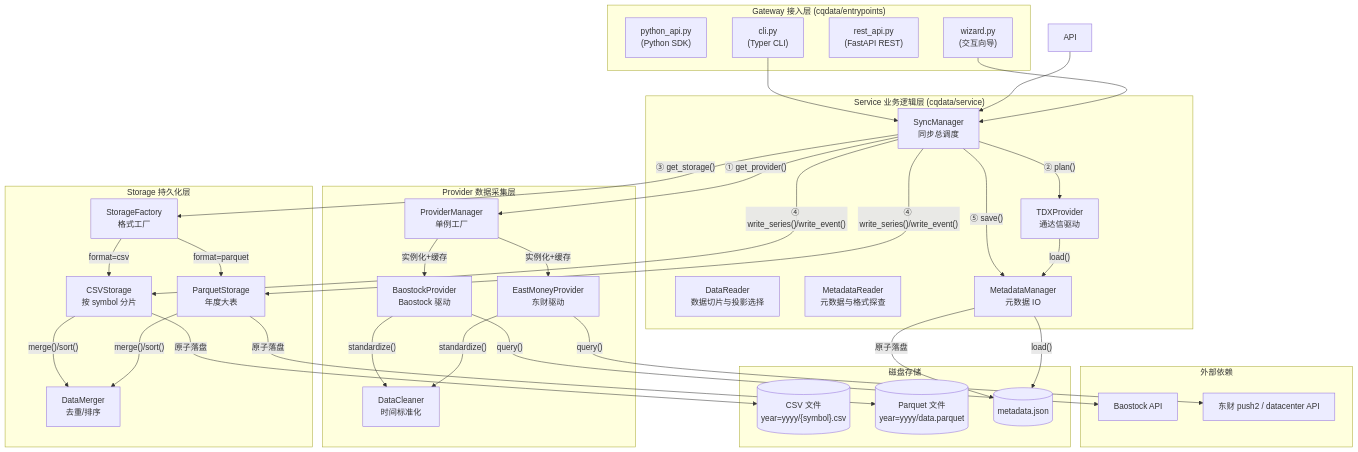
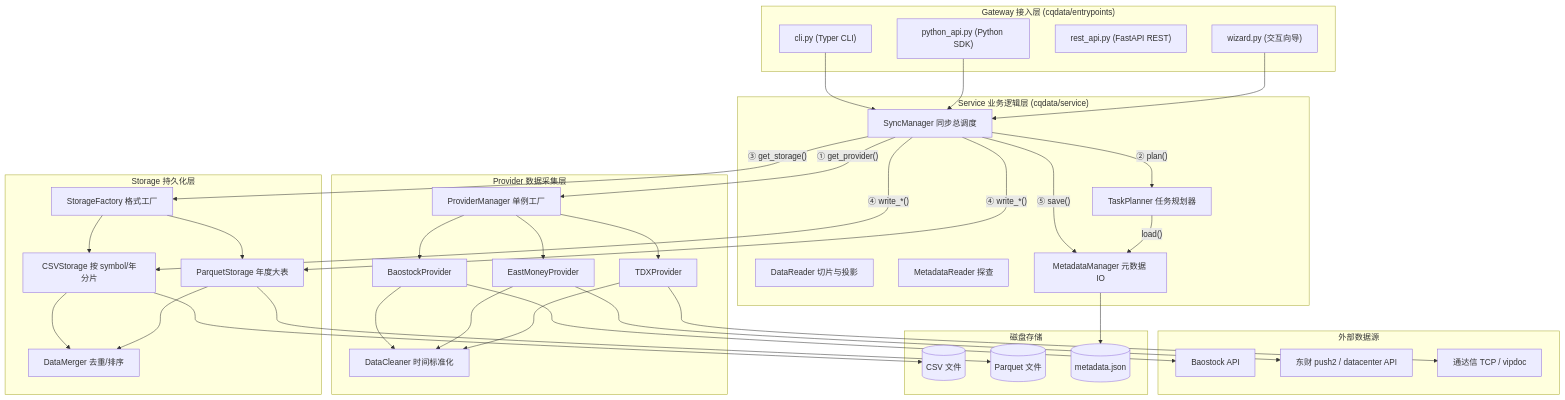
Before and after one commit to CRThu/CarrotQuant.Data: the diagram in AGENTS.md, drawn with Mermaid. The commit also changed other lines of this file and 1 other file, not shown here.

Commit message:
test: add gateway API integration tests and update agent documentation

````diff
--- a/AGENTS.md
+++ b/AGENTS.md
@@ -78,74 +44,68 @@
 ```mermaid
 graph TB
     subgraph Gateway["Gateway 接入层 (cqdata/entrypoints)"]
-        PYTHON_API["python_api.py<br/>(Python SDK)"]
-        CLI["cli.py<br/>(Typer CLI)"]
-        REST["rest_api.py<br/>(FastAPI REST)"]
-        WIZARD["wizard.py<br/>(交互向导)"]
+        PYTHON_API["python_api.py (Python SDK)"]
+        CLI["cli.py (Typer CLI)"]
+        REST["rest_api.py (FastAPI REST)"]
+        WIZARD["wizard.py (交互向导)"]
     end
 
     subgraph Service["Service 业务逻辑层 (cqdata/service)"]
-        SM["SyncManager<br/>同步总调度"]
-        DR["DataReader<br/>数据切片与投影选择"]
-        MR["MetadataReader<br/>元数据与格式探查"]
-        TP["TaskPlanner<br/>任务规划器"]
-        MM["MetadataManager<br/>元数据 IO"]
+        SM["SyncManager 同步总调度"]
+        DR["DataReader 切片与投影"]
+        MR["MetadataReader 探查"]
+        TP["TaskPlanner 任务规划器"]
+        MM["MetadataManager 元数据 IO"]
     end
 
     subgraph Provider["Provider 数据采集层"]
-        PM["ProviderManager<br/>单例工厂"]
-        BP["BaostockProvider<br/>Baostock 驱动"]
-        EP["EastMoneyProvider<br/>东财驱动"]
-        TP["TDXProvider<br/>通达信驱动"]
-        DC["DataCleaner<br/>时间标准化"]
+        PM["ProviderManager 单例工厂"]
+        BP["BaostockProvider"]
+        EP["EastMoneyProvider"]
+        TP_DRV["TDXProvider"]
+        DC["DataCleaner 时间标准化"]
     end
 
     subgraph Storage["Storage 持久化层"]
-        SF["StorageFactory<br/>格式工厂"]
-        CSV["CSVStorage<br/>按 symbol 分片"]
-        PQ["ParquetStorage<br/>年度大表"]
-        DM["DataMerger<br/>去重/排序"]
+        SF["StorageFactory 格式工厂"]
+        CSV["CSVStorage 按 symbol/年分片"]
+        PQ["ParquetStorage 年度大表"]
+        DM["DataMerger 去重/排序"]
     end
 
-    subgraph External["外部依赖"]
+    subgraph External["外部数据源"]
         BAOSTOCK["Baostock API"]
         EASTMONEY["东财 push2 / datacenter API"]
+        TDX["通达信 TCP / vipdoc"]
     end
 
     subgraph Disk["磁盘存储"]
-        CSV_FILES[("CSV 文件<br/>year=yyyy/{symbol}.csv")]
-        PQ_FILES[("Parquet 文件<br/>year=yyyy/data.parquet")]
+        CSV_FILES[("CSV 文件")]
+        PQ_FILES[("Parquet 文件")]
         META[("metadata.json")]
     end
 
     CLI --> SM
-    API --> SM
+    PYTHON_API --> SM
     WIZARD --> SM
 
     SM -->|"① get_provider()"| PM
     SM -->|"② plan()"| TP
     SM -->|"③ get_storage()"| SF
-    SM -->|"④ write_series()/write_event()"| CSV
-    SM -->|"④ write_series()/write_event()"| PQ
+    SM -->|"④ write_*()"| CSV
+    SM -->|"④ write_*()"| PQ
     SM -->|"⑤ save()"| MM
 
     TP -->|"load()"| MM
+    PM --> BP & EP & TP_DRV
+    BP --> BAOSTOCK
+    EP --> EASTMONEY
+    TP_DRV --> TDX
+    BP & EP & TP_DRV --> DC
 
-    PM -->|"实例化+缓存"| BP
-    PM -->|"实例化+缓存"| EP
-    BP -->|"standardize()"| DC
-    BP -->|"query()"| BAOSTOCK
-    EP -->|"standardize()"| DC
-    EP -->|"query()"| EASTMONEY
-
-    SF -->|"format=csv"| CSV
-    SF -->|"format=parquet"| PQ
-
-    CSV -->|"merge()/sort()"| DM
-    PQ -->|"merge()/sort()"| DM
-
-    CSV -->|"原子落盘"| CSV_FILES
-    PQ -->|"原子落盘"| PQ_FILES
-    MM -->|"原子落盘"| META
-    MM -->|"load()"| META
+    SF --> CSV & PQ
+    CSV & PQ --> DM
+    CSV --> CSV_FILES
+    PQ --> PQ_FILES
+    MM --> META
 ```
````
